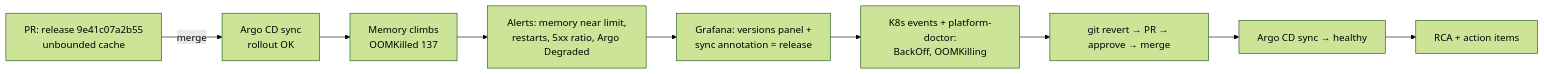
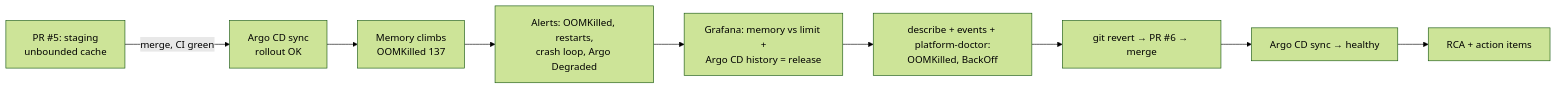
The fourth of 4 diagrams in README.md (momenckhouse-dev/gitops-config), drawn with Mermaid (forest theme) before and after one commit. The commit also changed other lines of this file and 7 other files, not shown here.

````diff
--- a/README.md
+++ b/README.md
@@ -365,11 +365,11 @@
 ```mermaid
 flowchart LR
-  A[PR: release 9e41c07a2b55<br/>unbounded cache] -->|merge| B[Argo CD sync<br/>rollout OK]
+  A[PR #5: staging<br/>unbounded cache] -->|merge, CI green| B[Argo CD sync<br/>rollout OK]
   B --> C[Memory climbs<br/>OOMKilled 137]
-  C --> D[Alerts: memory near limit,<br/>restarts, 5xx ratio, Argo Degraded]
-  D --> E[Grafana: versions panel +<br/>sync annotation = release]
-  E --> F[K8s events + platform-doctor:<br/>BackOff, OOMKilling]
-  F --> G[git revert → PR → approve → merge]
+  C --> D[Alerts: OOMKilled, restarts,<br/>crash loop, Argo Degraded]
+  D --> E[Grafana: memory vs limit +<br/>Argo CD history = release]
+  E --> F[describe + events + platform-doctor:<br/>OOMKilled, BackOff]
+  F --> G[git revert → PR #6 → merge]
   G --> H[Argo CD sync → healthy]
   H --> I[RCA + action items]
 ```
````
